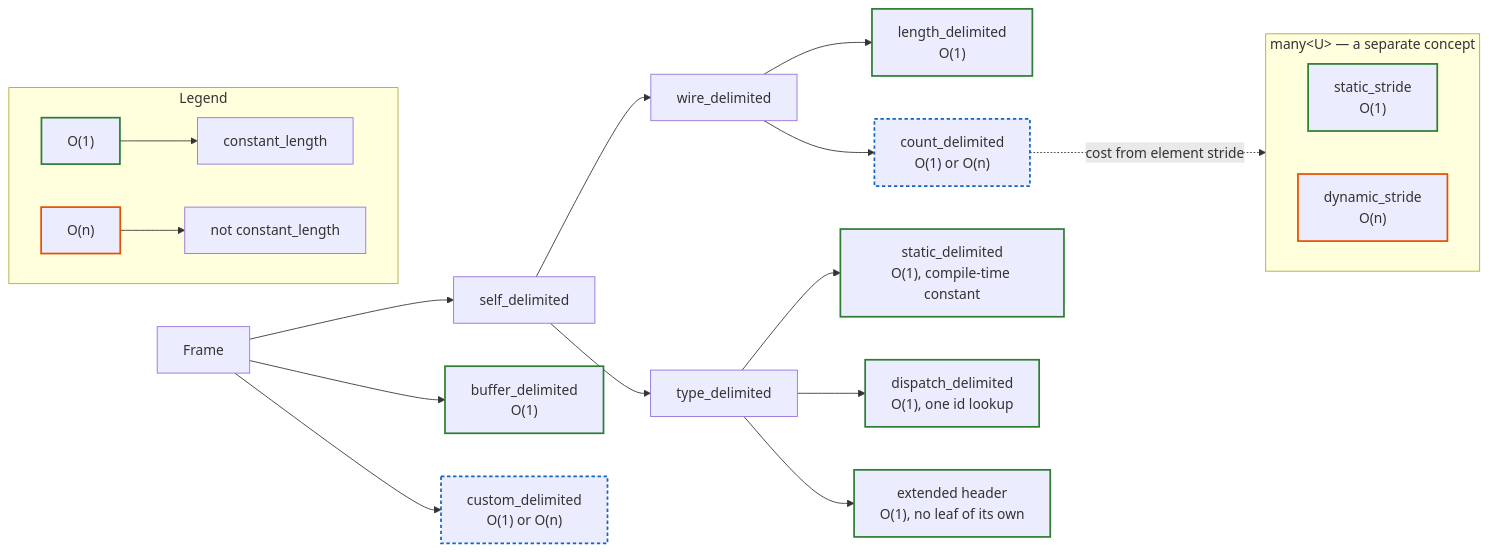
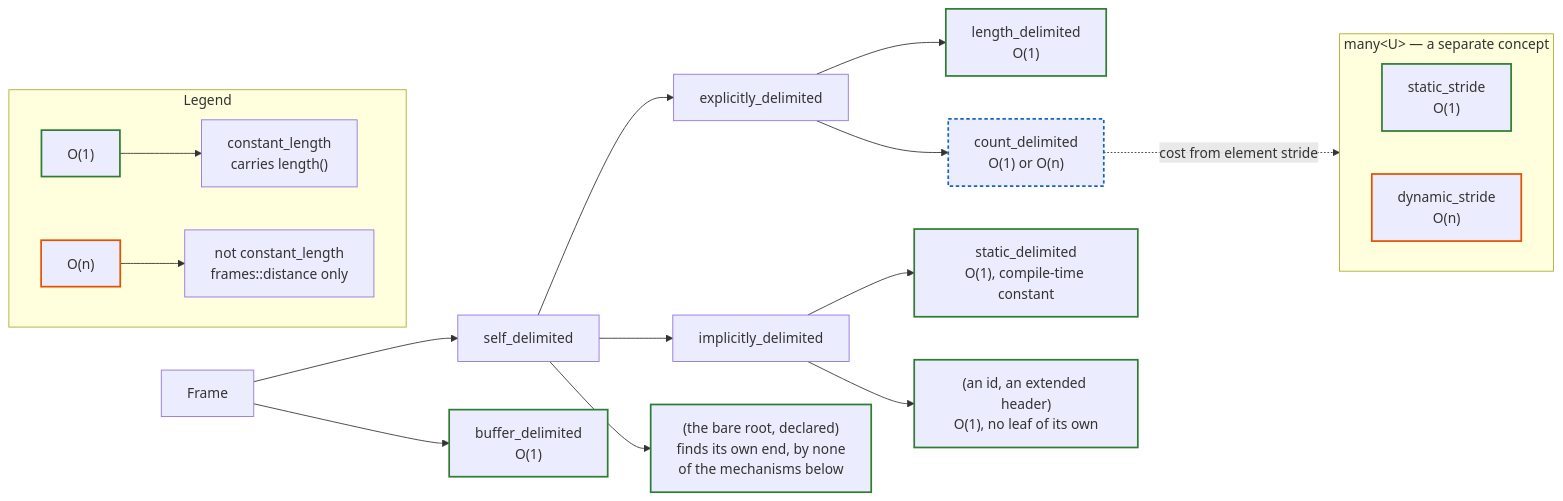
One commit to ch0pex/rbe changed the diagram in docs/explanation/frame-delimiting-decisions.md. Above: the diagram before and after it, drawn with Mermaid. The commit also changed other lines of this file and 16 other files, not shown here.

Commit message:
feat: add frame length and distance CPOs

````diff
--- a/docs/explanation/frame-delimiting-decisions.md
+++ b/docs/explanation/frame-delimiting-decisions.md
@@ -10,37 +11,36 @@
 ```mermaid
 flowchart LR
     Frame --> self_delimited
     Frame --> buffer_delimited["buffer_delimited<br/>O(1)"]
-    Frame --> custom_delimited["custom_delimited<br/>O(1) or O(n)"]
 
-    self_delimited --> wire_delimited
-    self_delimited --> type_delimited
+    self_delimited --> explicitly_delimited
+    self_delimited --> implicitly_delimited
+    self_delimited --> declared_root["(the bare root, declared)<br/>finds its own end, by none<br/>of the mechanisms below"]
 
-    wire_delimited --> length_delimited["length_delimited<br/>O(1)"]
-    wire_delimited --> count_delimited["count_delimited<br/>O(1) or O(n)"]
+    explicitly_delimited --> length_delimited["length_delimited<br/>O(1)"]
+    explicitly_delimited --> count_delimited["count_delimited<br/>O(1) or O(n)"]
 
-    type_delimited --> static_delimited["static_delimited<br/>O(1), compile-time constant"]
-    type_delimited --> dispatch_delimited["dispatch_delimited<br/>O(1), one id lookup"]
-    type_delimited --> extended_header["extended header<br/>O(1), no leaf of its own"]
+    implicitly_delimited --> static_delimited["static_delimited<br/>O(1), compile-time constant"]
+    implicitly_delimited --> no_leaf["(an id, an extended header)<br/>O(1), no leaf of its own"]
 
     count_delimited -.->|cost from element stride| many_box
 
     subgraph many_box["many&lt;U&gt; — a separate concept"]
         direction LR
         static_stride["static_stride<br/>O(1)"]
         dynamic_stride["dynamic_stride<br/>O(n)"]
     end
 
     subgraph Legend
         direction LR
-        o1["O(1)"] --> constant_length
-        on["O(n)"] --> not_constant_length["not constant_length"]
+        o1["O(1)"] --> constant_length["constant_length<br/>carries length()"]
+        on["O(n)"] --> not_constant_length["not constant_length<br/>frames::distance only"]
     end
 
     classDef constant stroke:#2e7d32,stroke-width:2px
     classDef nonConstant stroke:#e65100,stroke-width:2px
     classDef mixed stroke:#1565c0,stroke-width:2px,stroke-dasharray:4 3
-    class buffer_delimited,length_delimited,static_delimited,dispatch_delimited,extended_header,static_stride,o1 constant
+    class buffer_delimited,length_delimited,static_delimited,no_leaf,static_stride,declared_root,o1 constant
     class dynamic_stride,on nonConstant
-    class custom_delimited,count_delimited mixed
+    class count_delimited mixed
 ```
````
